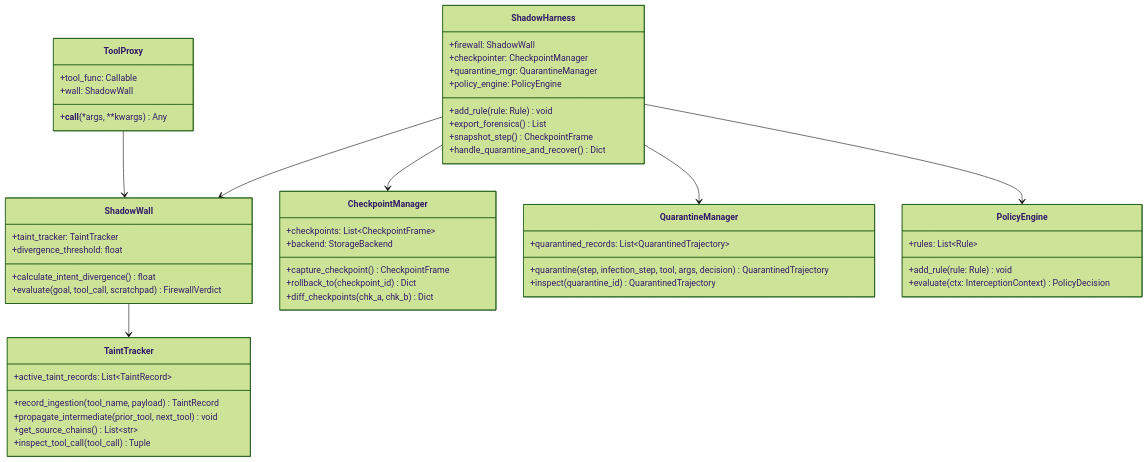
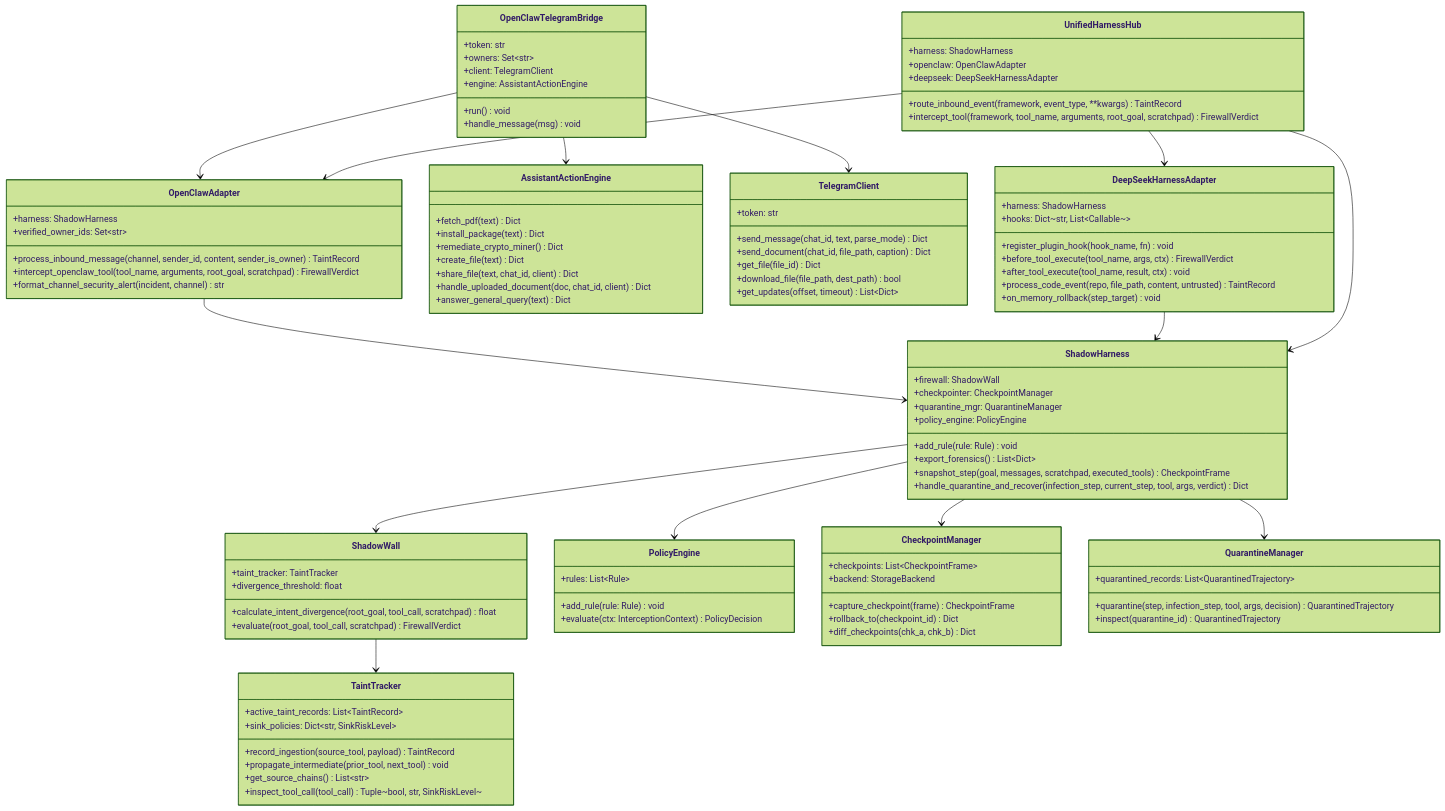
Before and after one commit to Hacker2022-web/hacktober_fest_NST: the second of 4 diagrams in TRD.md, drawn with Mermaid (forest theme). The commit also changed other lines of this file and 1 other file, not shown here.

Commit message:
docs(spec): update PRD and TRD to v2.1.0-UNIFIED with mobile gateway, crypto-miner zero-trust specs, and 20-test scorecard

````diff
--- a/TRD.md
+++ b/TRD.md
@@ -38,16 +78,16 @@
         +quarantine_mgr: QuarantineManager
         +policy_engine: PolicyEngine
         +add_rule(rule: Rule) void
-        +export_forensics() List
-        +snapshot_step() CheckpointFrame
-        +handle_quarantine_and_recover() Dict
+        +export_forensics() List~Dict~
+        +snapshot_step(goal, messages, scratchpad, executed_tools) CheckpointFrame
+        +handle_quarantine_and_recover(infection_step, current_step, tool, args, verdict) Dict
     }
 
     class ShadowWall {
         +taint_tracker: TaintTracker
         +divergence_threshold: float
-        +calculate_intent_divergence() float
-        +evaluate(goal, tool_call, scratchpad) FirewallVerdict
+        +calculate_intent_divergence(root_goal, tool_call, scratchpad) float
+        +evaluate(root_goal, tool_call, scratchpad) FirewallVerdict
     }
 
     class PolicyEngine {
@@ -58,16 +98,17 @@
 
     class TaintTracker {
         +active_taint_records: List~TaintRecord~
-        +record_ingestion(tool_name, payload) TaintRecord
+        +sink_policies: Dict~str, SinkRiskLevel~
+        +record_ingestion(source_tool, payload) TaintRecord
         +propagate_intermediate(prior_tool, next_tool) void
         +get_source_chains() List~str~
-        +inspect_tool_call(tool_call) Tuple
+        +inspect_tool_call(tool_call) Tuple~bool, str, SinkRiskLevel~
     }
 
     class CheckpointManager {
         +checkpoints: List~CheckpointFrame~
         +backend: StorageBackend
-        +capture_checkpoint() CheckpointFrame
+        +capture_checkpoint(frame) CheckpointFrame
         +rollback_to(checkpoint_id) Dict
         +diff_checkpoints(chk_a, chk_b) Dict
     }
@@ -78,10 +119,58 @@
         +inspect(quarantine_id) QuarantinedTrajectory
     }
 
-    class ToolProxy {
-        +tool_func: Callable
-        +wall: ShadowWall
-        +__call__(*args, **kwargs) Any
+    class OpenClawAdapter {
+        +harness: ShadowHarness
+        +verified_owner_ids: Set~str~
+        +process_inbound_message(channel, sender_id, content, sender_is_owner) TaintRecord
+        +intercept_openclaw_tool(tool_name, arguments, root_goal, scratchpad) FirewallVerdict
+        +format_channel_security_alert(incident, channel) str
+    }
+
+    class OpenClawTelegramBridge {
+        +token: str
+        +owners: Set~str~
+        +client: TelegramClient
+        +engine: AssistantActionEngine
+        +run() void
+        +handle_message(msg) void
+    }
+
+    class AssistantActionEngine {
+        +fetch_pdf(text) Dict
+        +install_package(text) Dict
+        +remediate_crypto_miner() Dict
+        +create_file(text) Dict
+        +share_file(text, chat_id, client) Dict
+        +handle_uploaded_document(doc, chat_id, client) Dict
+        +answer_general_query(text) Dict
+    }
+
+    class TelegramClient {
+        +token: str
+        +send_message(chat_id, text, parse_mode) Dict
+        +send_document(chat_id, file_path, caption) Dict
+        +get_file(file_id) Dict
+        +download_file(file_path, dest_path) bool
+        +get_updates(offset, timeout) List~Dict~
+    }
+
+    class DeepSeekHarnessAdapter {
+        +harness: ShadowHarness
+        +hooks: Dict~str, List~Callable~~
+        +register_plugin_hook(hook_name, fn) void
+        +before_tool_execute(tool_name, args, ctx) FirewallVerdict
+        +after_tool_execute(tool_name, result, ctx) void
+        +process_code_event(repo, file_path, content, untrusted) TaintRecord
+        +on_memory_rollback(step_target) void
+    }
+
+    class UnifiedHarnessHub {
+        +harness: ShadowHarness
+        +openclaw: OpenClawAdapter
+        +deepseek: DeepSeekHarnessAdapter
+        +route_inbound_event(framework, event_type, **kwargs) TaintRecord
+        +intercept_tool(framework, tool_name, arguments, root_goal, scratchpad) FirewallVerdict
     }
 
     ShadowHarness --> ShadowWall
@@ -89,5 +178,12 @@
     ShadowHarness --> QuarantineManager
     ShadowHarness --> PolicyEngine
     ShadowWall --> TaintTracker
-    ToolProxy --> ShadowWall
+    OpenClawAdapter --> ShadowHarness
+    OpenClawTelegramBridge --> OpenClawAdapter
+    OpenClawTelegramBridge --> TelegramClient
+    OpenClawTelegramBridge --> AssistantActionEngine
+    DeepSeekHarnessAdapter --> ShadowHarness
+    UnifiedHarnessHub --> ShadowHarness
+    UnifiedHarnessHub --> OpenClawAdapter
+    UnifiedHarnessHub --> DeepSeekHarnessAdapter
 ```
````
